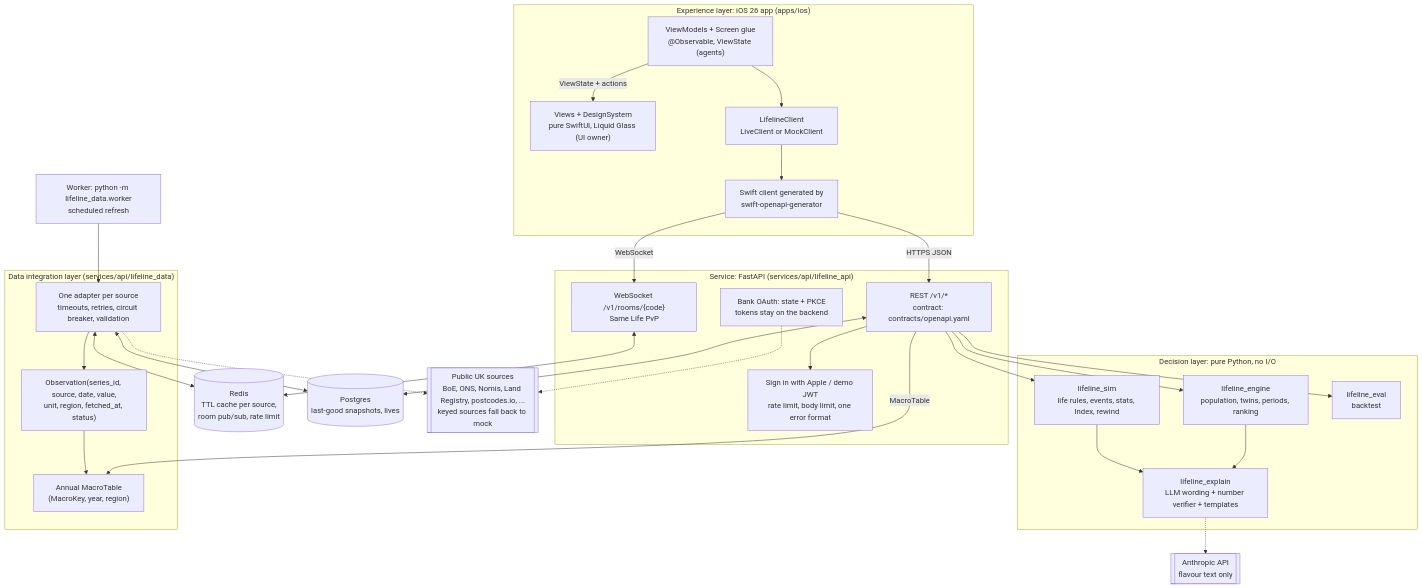
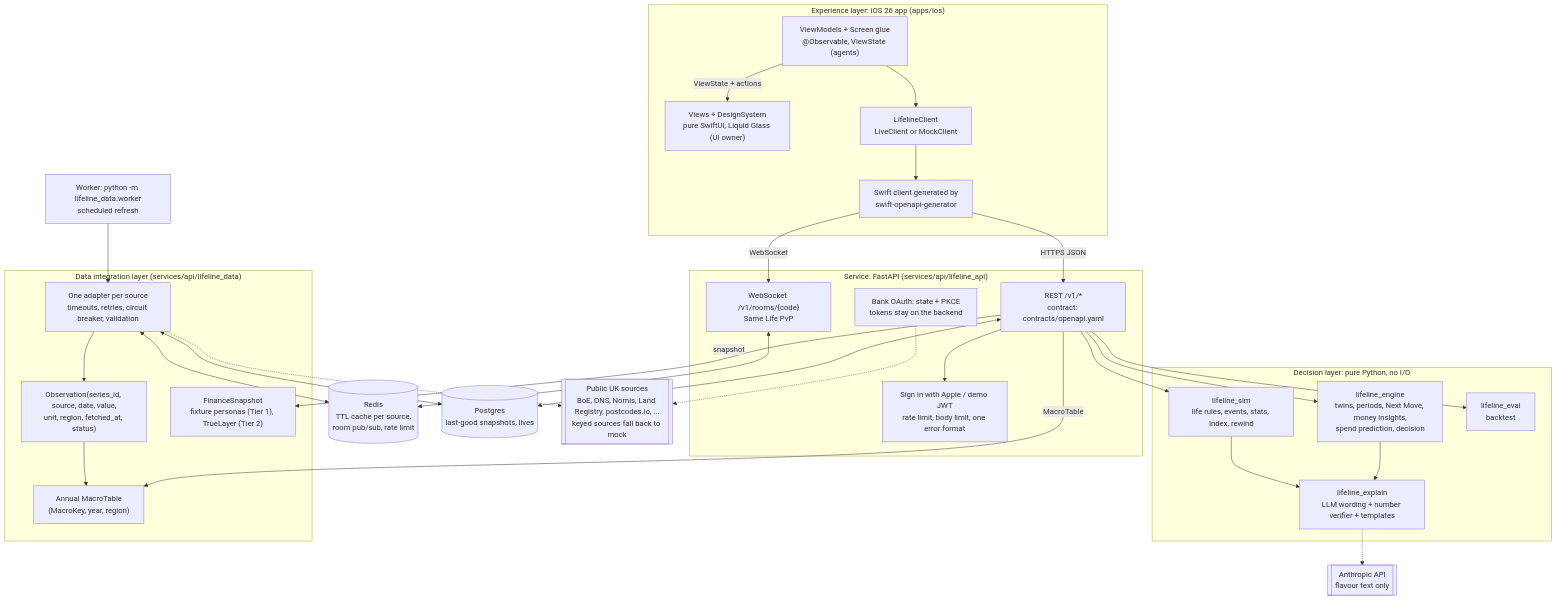
One commit to expires/guts-hackathon-2026 changed the first of 2 diagrams in docs/architecture.md. Above: the diagram before and after it, drawn with Mermaid. The commit also changed other lines of this file and 825 other files, not shown here.

````diff
--- a/docs/architecture.md
+++ b/docs/architecture.md
@@ -7,54 +7,56 @@
 ```mermaid
 flowchart TB
   subgraph EXP["Experience layer: iOS 26 app (apps/ios)"]
     VIEWS["Views + DesignSystem<br/>pure SwiftUI, Liquid Glass (UI owner)"]
     VM["ViewModels + Screen glue<br/>@Observable, ViewState (agents)"]
     LC["LifelineClient<br/>LiveClient or MockClient"]
     CLIENT["Swift client generated by<br/>swift-openapi-generator"]
     VM -- "ViewState + actions" --> VIEWS
     VM --> LC --> CLIENT
   end
 
   subgraph SVC["Service: FastAPI (services/api/lifeline_api)"]
     REST["REST /v1/*<br/>contract: contracts/openapi.yaml"]
     WS["WebSocket /v1/rooms/{code}<br/>Same Life PvP"]
     AUTH["Sign in with Apple / demo JWT<br/>rate limit, body limit, one error format"]
     BANK["Bank OAuth: state + PKCE<br/>tokens stay on the backend"]
   end
 
   subgraph DEC["Decision layer: pure Python, no I/O"]
     SIM["lifeline_sim<br/>life rules, events, stats, Index, rewind"]
-    ENG["lifeline_engine<br/>population, twins, periods, ranking"]
+    ENG["lifeline_engine<br/>twins, periods, Next Move, money insights,<br/>spend prediction, decision"]
     EVAL["lifeline_eval<br/>backtest"]
     EXPL["lifeline_explain<br/>LLM wording + number verifier + templates"]
   end
 
   subgraph DATA["Data integration layer (services/api/lifeline_data)"]
     ADP["One adapter per source<br/>timeouts, retries, circuit breaker, validation"]
     OBS["Observation(series_id, source, date, value,<br/>unit, region, fetched_at, status)"]
     MACRO["Annual MacroTable<br/>(MacroKey, year, region)"]
+    FIN["FinanceSnapshot<br/>fixture personas (Tier 1), TrueLayer (Tier 2)"]
     ADP --> OBS --> MACRO
   end
 
   WORKER["Worker: python -m lifeline_data.worker<br/>scheduled refresh"]
   REDIS[("Redis<br/>TTL cache per source,<br/>room pub/sub, rate limit")]
   PG[("Postgres<br/>last-good snapshots, lives")]
   EXT[["Public UK sources<br/>BoE, ONS, Nomis, Land Registry, postcodes.io, ...<br/>keyed sources fall back to mock"]]
   LLM[["Anthropic API<br/>flavour text only"]]
 
   CLIENT -- "HTTPS JSON" --> REST
   CLIENT -- "WebSocket" --> WS
   REST --> AUTH
   REST --> SIM & ENG & EVAL
   SIM --> EXPL
   ENG --> EXPL
   EXPL -.-> LLM
   REST -- "MacroTable" --> MACRO
+  REST -- "snapshot" --> FIN
   WS <--> REDIS
   REST <--> PG
   ADP <--> REDIS
   ADP <--> PG
   ADP -.-> EXT
   WORKER --> ADP
   BANK -.-> EXT
 ```
````
